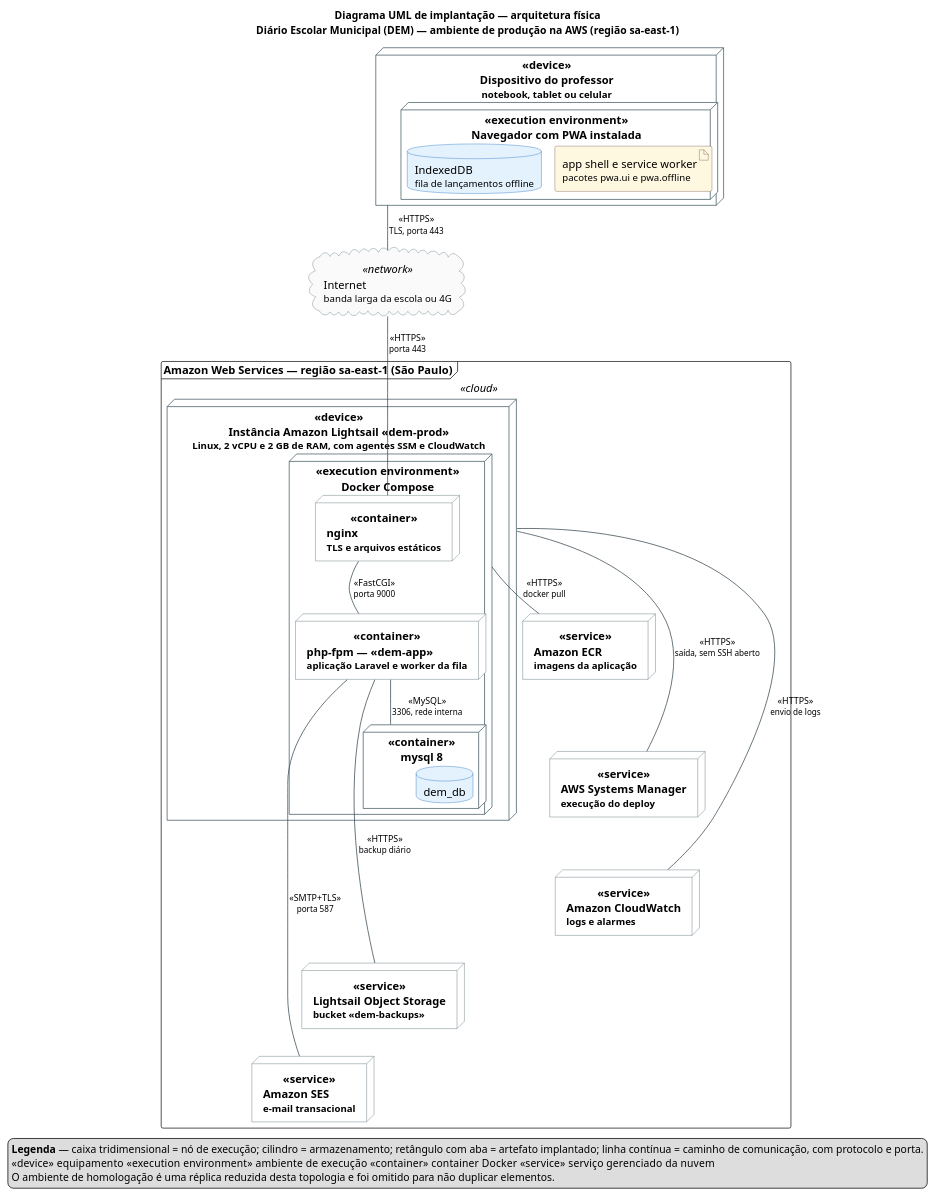
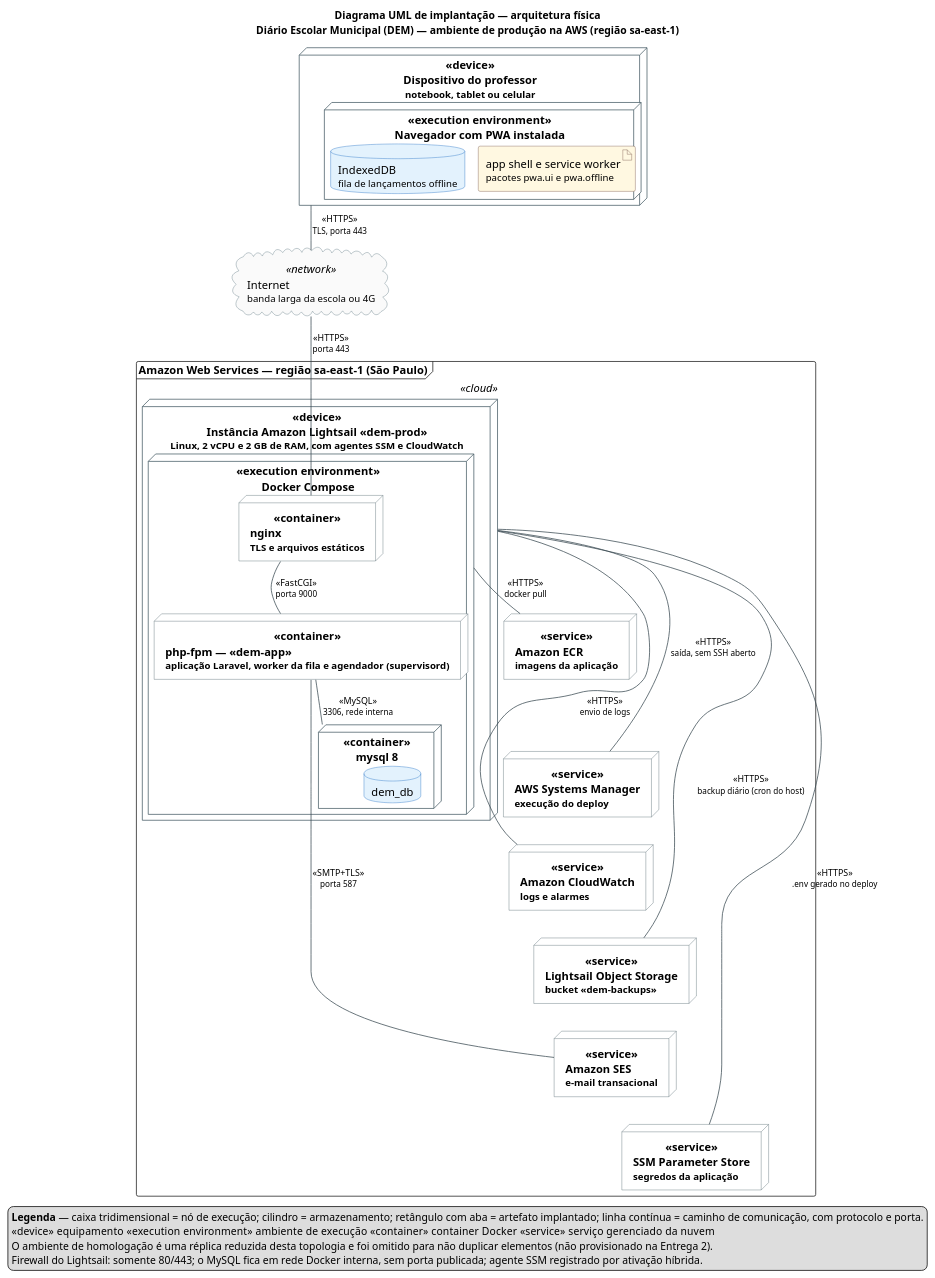
Before and after one commit to joaobschweikart/pwa-sistema-escolar: the diagram in doc/diagramas/02-implantacao.puml, drawn with PlantUML. The commit also changed 32 other files, not shown here.

```diff
--- a/doc/diagramas/02-implantacao.puml
+++ b/doc/diagramas/02-implantacao.puml
@@ -1,73 +1,77 @@
 @startuml 02-implantacao
 ' Figura 2 — Diagrama UML de implantação (arquitetura física)
 ' Diário Escolar Municipal (DEM) — Prática Extensionista IV — UNOESC
 ' Render: java -jar plantuml.jar -charset UTF-8 -tpng 02-implantacao.puml
 !pragma layout smetana
 
 skinparam shadowing false
 skinparam defaultFontName SansSerif
 skinparam defaultFontSize 15
 skinparam NodeBorderColor #455A64
 skinparam NodeFontStyle bold
 skinparam NodeBackgroundColor #FFFFFF
 skinparam DatabaseBorderColor #1565C0
 skinparam DatabaseBackgroundColor #E3F2FD
 skinparam ArtifactBorderColor #6D4C41
 skinparam ArtifactBackgroundColor #FFF8E1
 skinparam CloudBorderColor #546E7A
 skinparam CloudBackgroundColor #FAFAFA
 skinparam ArrowColor #37474F
 skinparam ArrowFontSize 12
 
 title Diagrama UML de implantação — arquitetura física\n<size:14>Diário Escolar Municipal (DEM) — ambiente de produção na AWS (região sa-east-1)</size>
 
 node "Dispositivo do professor\n<size:13>notebook, tablet ou celular</size>" <<device>> as dispositivo {
   node "Navegador com PWA instalada" <<execution environment>> as navegador {
     artifact "app shell e service worker\n<size:13>pacotes pwa.ui e pwa.offline</size>" as a_pwa
     database "IndexedDB\n<size:13>fila de lançamentos offline</size>" as idb
   }
 }
 
 cloud "Internet\n<size:13>banda larga da escola ou 4G</size>" <<network>> as internet
 
 frame "Amazon Web Services — região sa-east-1 (São Paulo)" <<cloud>> as aws {
 
   node "Instância Amazon Lightsail «dem-prod»\n<size:13>Linux, 2 vCPU e 2 GB de RAM, com agentes SSM e CloudWatch</size>" <<device>> as vps {
     node "Docker Compose" <<execution environment>> as docker {
       node "nginx\n<size:13>TLS e arquivos estáticos</size>" <<container>> as c_web
-      node "php-fpm — «dem-app»\n<size:13>aplicação Laravel e worker da fila</size>" <<container>> as c_app
+      node "php-fpm — «dem-app»\n<size:13>aplicação Laravel, worker da fila e agendador (supervisord)</size>" <<container>> as c_app
       node "mysql 8" <<container>> as c_db {
         database "dem_db" as db
       }
     }
   }
 
   node "Amazon ECR\n<size:13>imagens da aplicação</size>" <<service>> as ecr
   node "AWS Systems Manager\n<size:13>execução do deploy</size>" <<service>> as ssm
   node "Amazon CloudWatch\n<size:13>logs e alarmes</size>" <<service>> as cw
   node "Lightsail Object Storage\n<size:13>bucket «dem-backups»</size>" <<service>> as bucket
   node "Amazon SES\n<size:13>e-mail transacional</size>" <<service>> as ses
+  node "SSM Parameter Store\n<size:13>segredos da aplicação</size>" <<service>> as params
 
   ecr -[hidden]down- ssm
   ssm -[hidden]down- cw
   cw -[hidden]down- bucket
   bucket -[hidden]down- ses
+  ses -[hidden]down- params
 }
 
 dispositivo -- internet : <<HTTPS>>\n<size:11>TLS, porta 443</size>
 internet -- c_web : <<HTTPS>>\n<size:11>porta 443</size>
 c_web -- c_app : <<FastCGI>>\n<size:11>porta 9000</size>
 c_app -- c_db : <<MySQL>>\n<size:11>3306, rede interna</size>
 c_app -- ses : <<SMTP+TLS>>\n<size:11>porta 587</size>
-c_app -- bucket : <<HTTPS>>\n<size:11>backup diário</size>
+vps -- bucket : <<HTTPS>>\n<size:11>backup diário (cron do host)</size>
 vps -- cw : <<HTTPS>>\n<size:11>envio de logs</size>
 vps -- ssm : <<HTTPS>>\n<size:11>saída, sem SSH aberto</size>
+vps -- params : <<HTTPS>>\n<size:11>.env gerado no deploy</size>
 docker -- ecr : <<HTTPS>>\n<size:11>docker pull</size>
 
 legend bottom
   <b>Legenda</b> — caixa tridimensional = nó de execução; cilindro = armazenamento; retângulo com aba = artefato implantado; linha contínua = caminho de comunicação, com protocolo e porta.
   «device» equipamento   «execution environment» ambiente de execução   «container» container Docker   «service» serviço gerenciado da nuvem
-  O ambiente de homologação é uma réplica reduzida desta topologia e foi omitido para não duplicar elementos.
+  O ambiente de homologação é uma réplica reduzida desta topologia e foi omitido para não duplicar elementos (não provisionado na Entrega 2).
+  Firewall do Lightsail: somente 80/443; o MySQL fica em rede Docker interna, sem porta publicada; agente SSM registrado por ativação híbrida.
 endlegend
 
 @enduml
```
